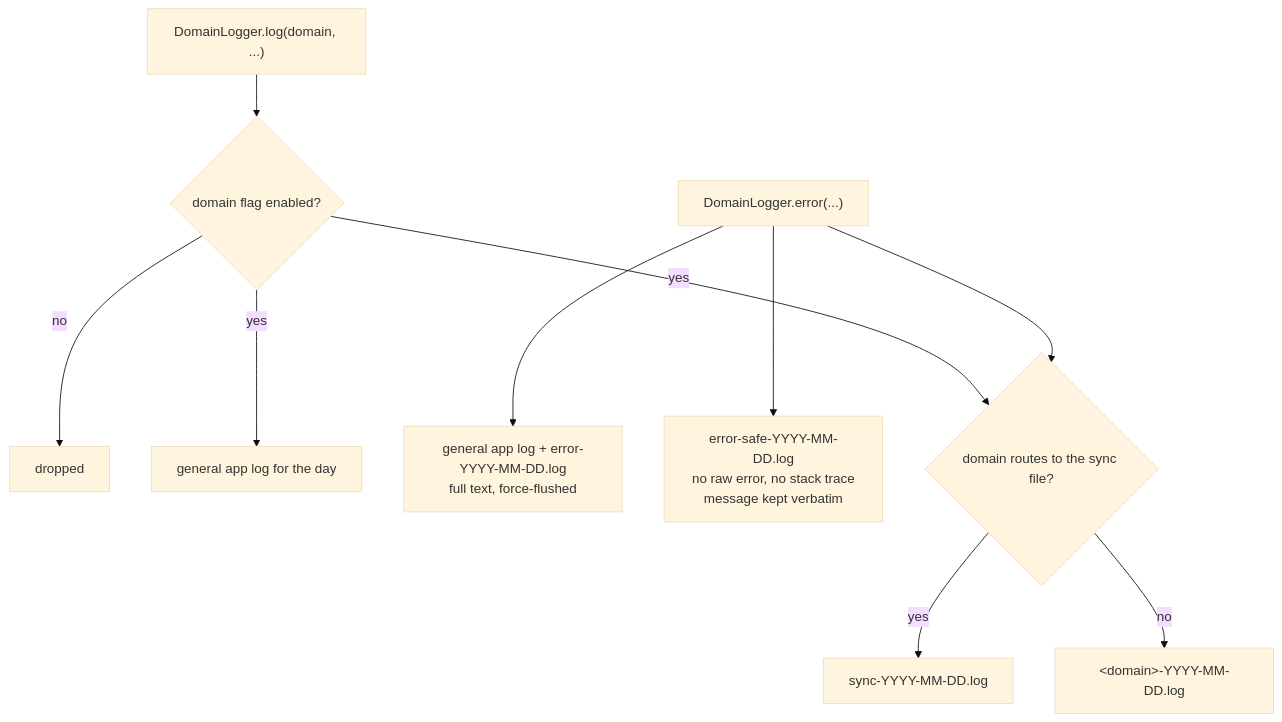
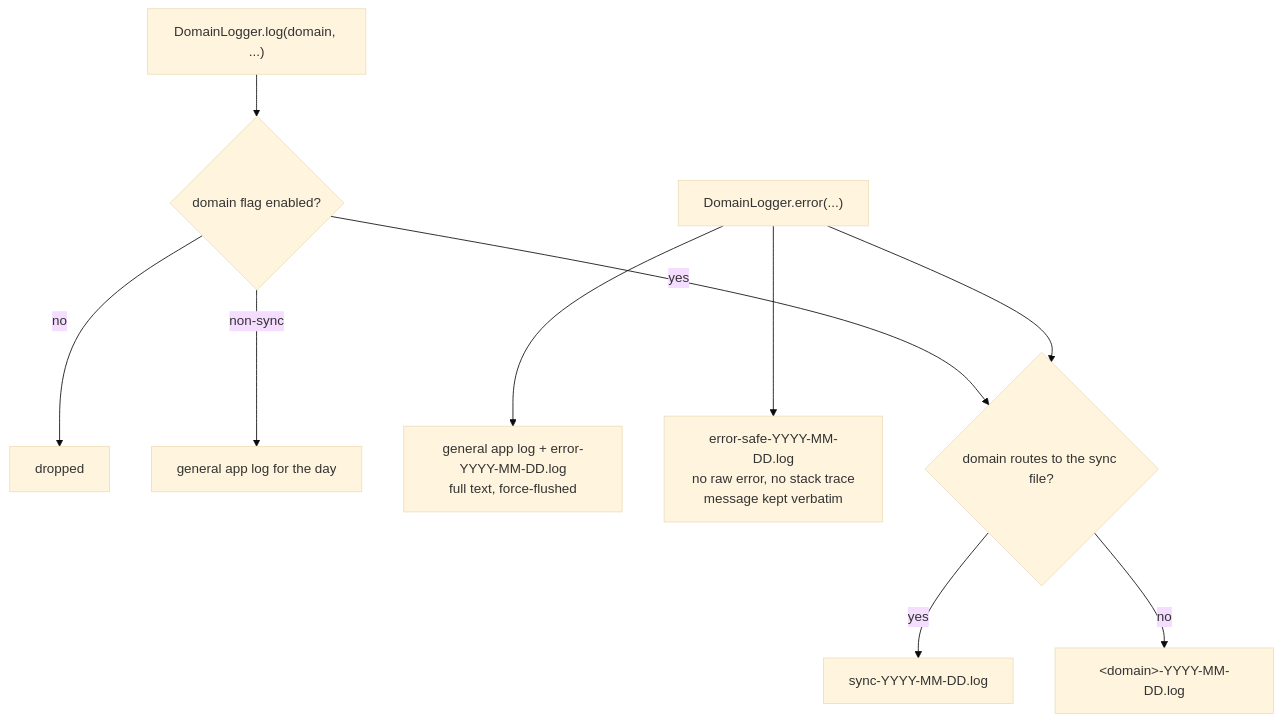
The diagram in knowledge/architecture/logging-and-diagnostics.md (matthiasn/lotti), drawn with Mermaid (base theme) before and after one commit. The commit also changed other lines of this file and 8 other files, not shown here.

````diff
--- a/knowledge/architecture/logging-and-diagnostics.md
+++ b/knowledge/architecture/logging-and-diagnostics.md
@@ -64,12 +64,12 @@
 ```mermaid
 flowchart TD
   Log["DomainLogger.log(domain, ...)"] --> Enabled{"domain flag enabled?"}
   Enabled -->|no| Drop["dropped"]
-  Enabled -->|yes| General["general app log for the day"]
+  Enabled -->|non-sync| General["general app log for the day"]
   Err["DomainLogger.error(...)"] --> General2["general app log + error-YYYY-MM-DD.log<br/>full text, force-flushed"]
   Err --> Safe["error-safe-YYYY-MM-DD.log<br/>no raw error, no stack trace<br/>message kept verbatim"]
   Enabled -->|yes| PerDomain
   Err --> PerDomain{"domain routes to the sync file?"}
   PerDomain -->|yes| SyncLog["sync-YYYY-MM-DD.log"]
   PerDomain -->|no| DomainLog["&lt;domain&gt;-YYYY-MM-DD.log"]
 ```
````
